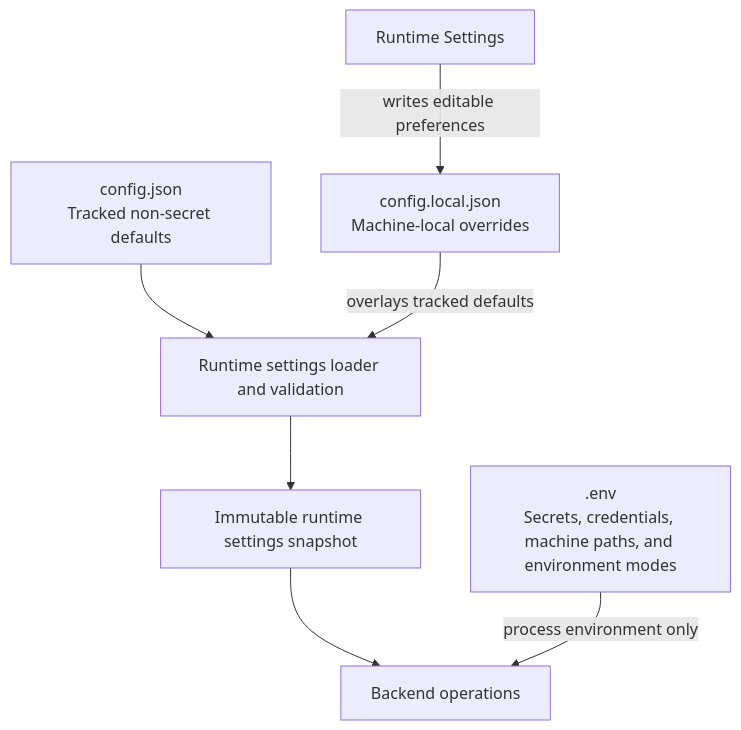
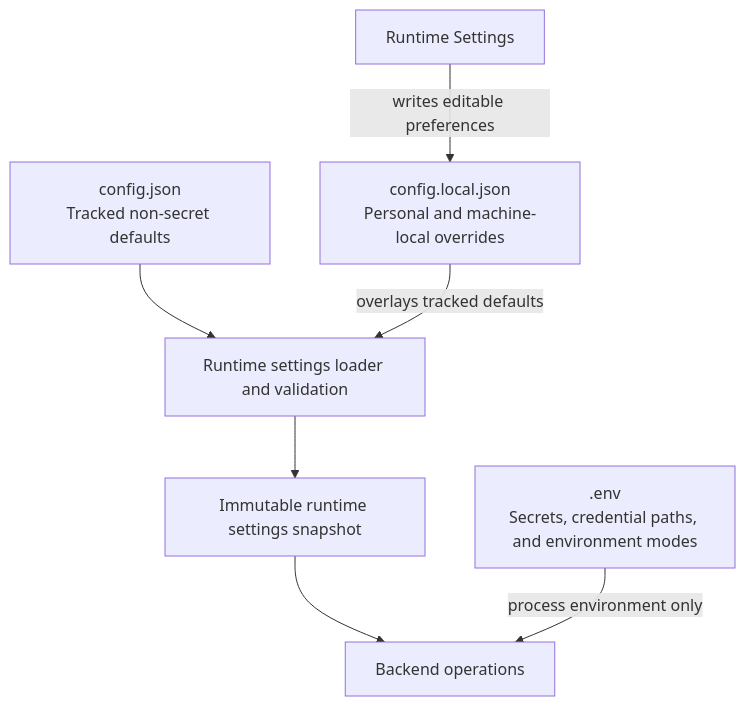
The diagram in docs/configuration.md (edumarcano/APEX), drawn with Mermaid before and after one commit. The commit also changed other lines of this file and 26 other files, not shown here.

````diff
--- a/docs/configuration.md
+++ b/docs/configuration.md
@@ -14,19 +14,19 @@
 ```mermaid
 flowchart TD
-    ENV[".env<br/>Secrets, credentials, machine paths, and environment modes"]
+    ENV[".env<br/>Secrets, credential paths, and environment modes"]
     DEFAULTS["config.json<br/>Tracked non-secret defaults"]
-    LOCAL["config.local.json<br/>Machine-local overrides"]
+    LOCAL["config.local.json<br/>Personal and machine-local overrides"]
     HUD["Runtime Settings"]
     LOADER["Runtime settings loader and validation"]
     SNAPSHOT["Immutable runtime settings snapshot"]
     OPERATIONS["Backend operations"]
 
     HUD -->|"writes editable preferences"| LOCAL
 
     DEFAULTS --> LOADER
     LOCAL -->|"overlays tracked defaults"| LOADER
     LOADER --> SNAPSHOT
     SNAPSHOT --> OPERATIONS
 
     ENV -->|"process environment only"| OPERATIONS
 ```
````
